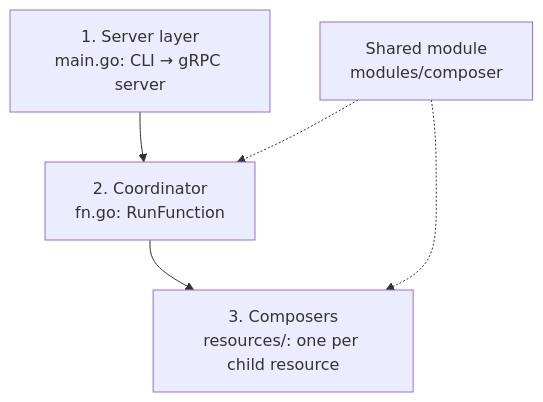
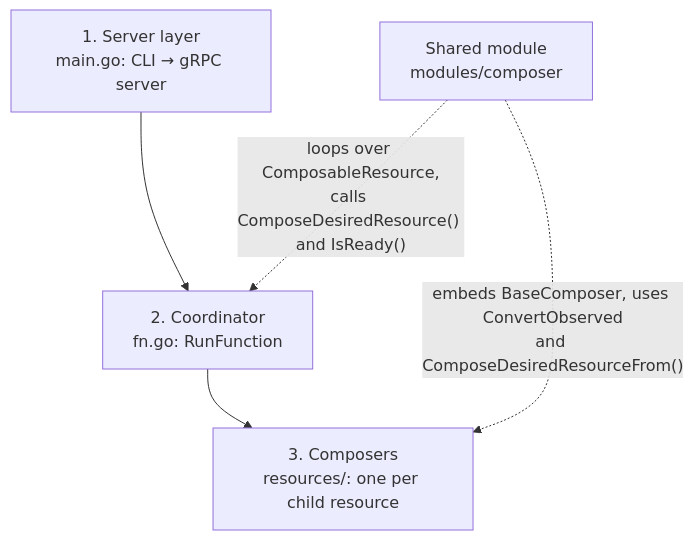
One commit to rezakaramad/crosskit changed the second of 3 diagrams in functions/DESIGN.md. Above: the diagram before and after it, drawn with Mermaid.

Commit message:
update diagram

````diff
--- a/functions/DESIGN.md
+++ b/functions/DESIGN.md
@@ -35,7 +35,7 @@
 ```mermaid
 flowchart TD
     A["1. Server layer<br/>main.go: CLI → gRPC server"] --> B["2. Coordinator<br/>fn.go: RunFunction"]
     B --> C["3. Composers<br/>resources/: one per child resource"]
-    S["Shared module<br/>modules/composer"] -.-> B
-    S -.-> C
+    S["Shared module<br/>modules/composer"] -.->|"loops over ComposableResource,<br/>calls ComposeDesiredResource() and IsReady()"| B
+    S -.->|"embeds BaseComposer, uses ConvertObserved<br/>and ComposeDesiredResourceFrom()"| C
 ```
````
